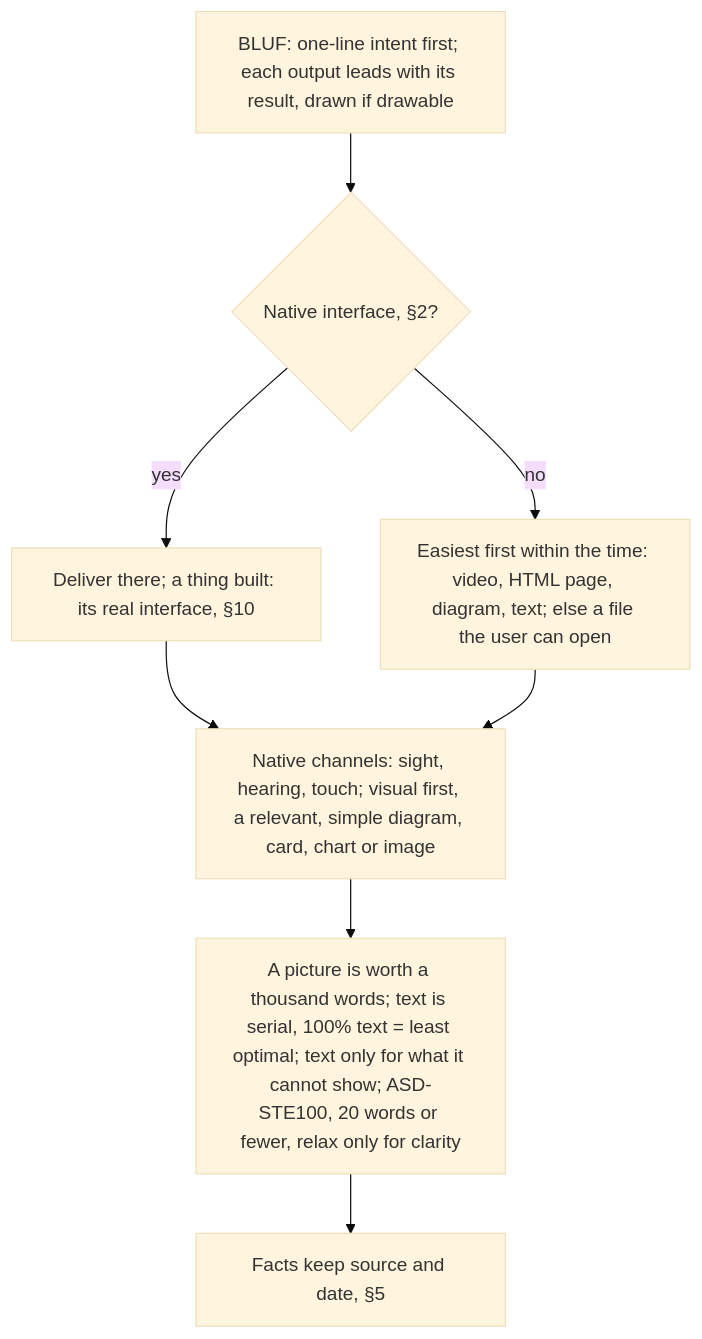
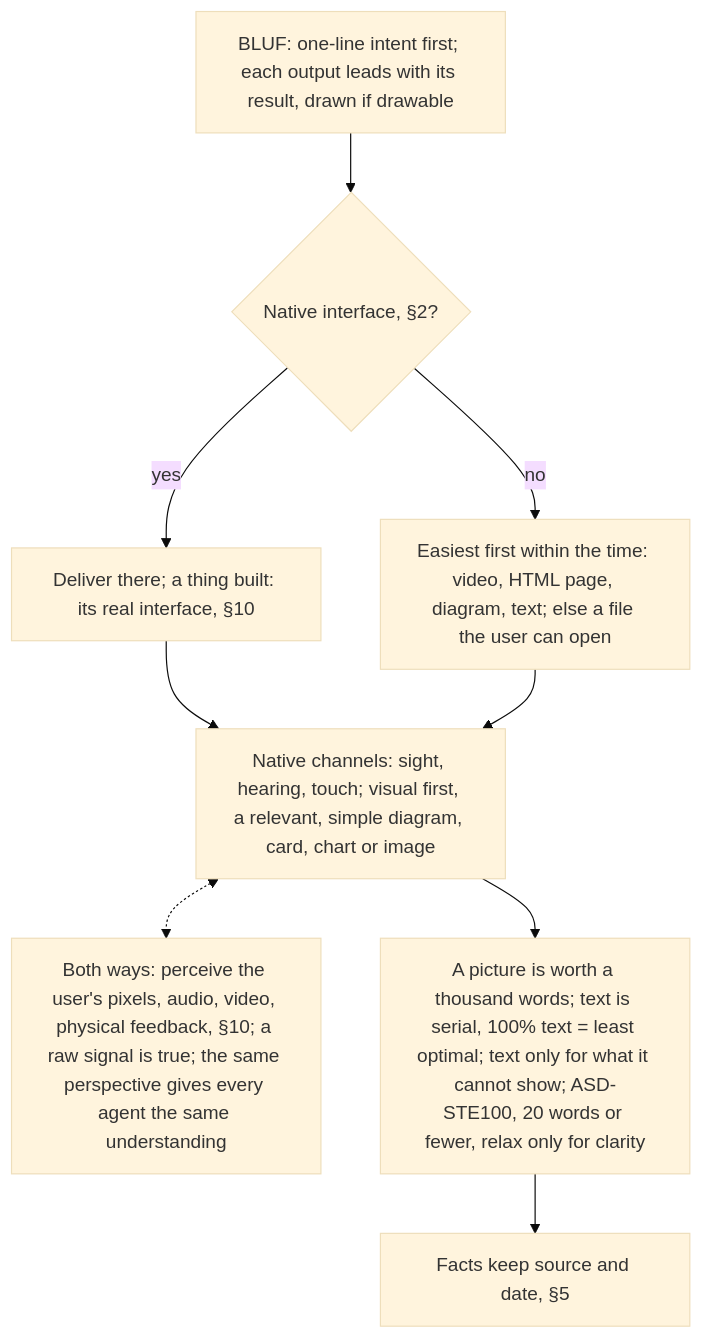
One commit to SolenixAI/arbiter changed diagram 12 of 14 in AGENTS.md. Above: the diagram before and after it, drawn with Mermaid (base theme). The commit also changed other lines of this file, not shown here.

Commit message:
docs(agents): section 11: channels run both ways; a raw signal is true

````diff
--- a/AGENTS.md
+++ b/AGENTS.md
@@ -488,10 +491,11 @@
 ```mermaid
 flowchart TD
   IL["BLUF: one-line intent first; each output leads with its result, drawn if drawable"] --> N{Native interface, §2?}
   N -->|yes| V["Deliver there; a thing built: its real interface, §10"]
   N -->|no| F["Easiest first within the time: video, HTML page, diagram, text; else a file the user can open"]
   V --> VF["Native channels: sight, hearing, touch; visual first, a relevant, simple diagram, card, chart or image"]
+  VF <-.-> BW["Both ways: perceive the user's pixels, audio, video, physical feedback, §10; a raw signal is true; the same perspective gives every agent the same understanding"]
   F --> VF
   VF --> T["A picture is worth a thousand words; text is serial, 100% text = least optimal; text only for what it cannot show; ASD-STE100, 20 words or fewer, relax only for clarity"]
   T --> E["Facts keep source and date, §5"]
 ```
````
